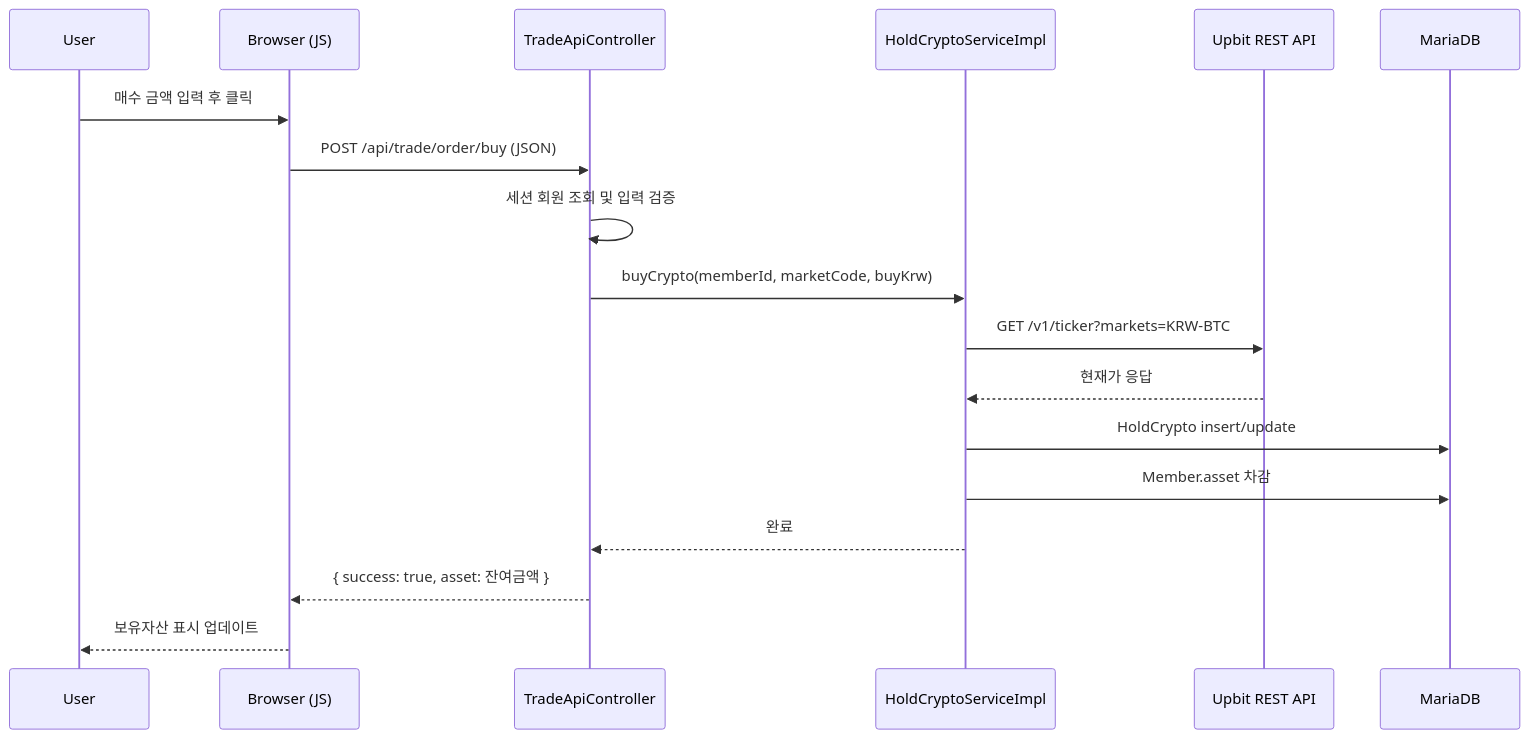
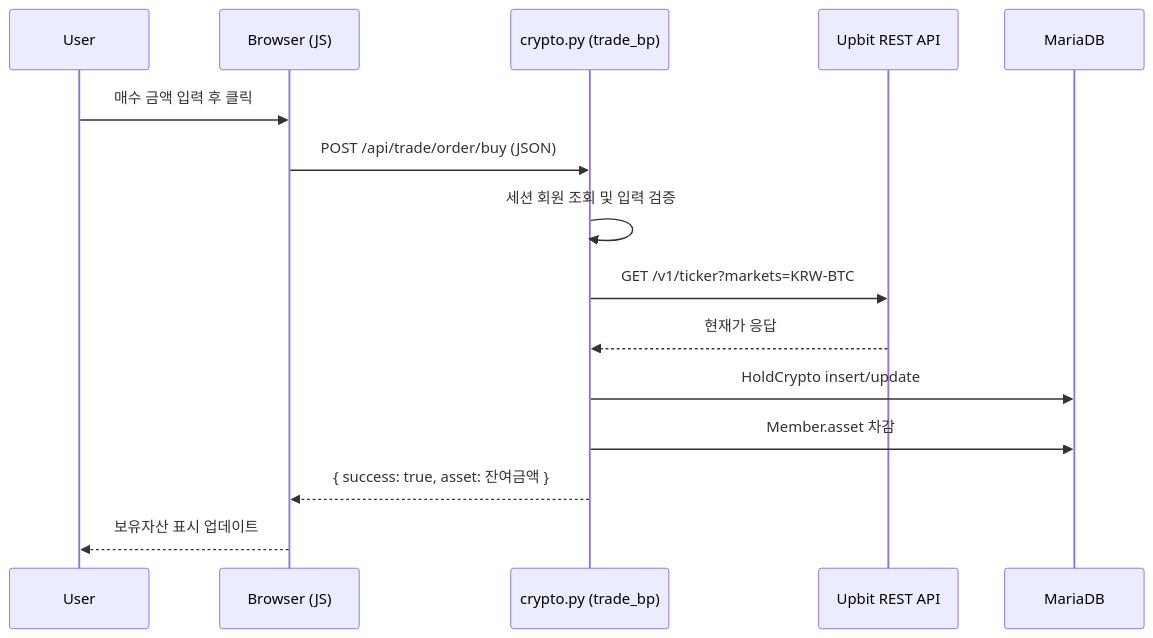
Before and after one commit to zhanggu9/stock-coin-trade: the third of 5 diagrams in README.md, drawn with Mermaid. The commit also changed other lines of this file and 35 other files, not shown here.

````diff
--- a/README.md
+++ b/README.md
@@ -436,21 +398,18 @@
 ```mermaid
 sequenceDiagram
     participant U as User
     participant FE as Browser (JS)
-    participant API as TradeApiController
-    participant S as HoldCryptoServiceImpl
+    participant API as crypto.py (trade_bp)
     participant UAPI as Upbit REST API
     participant DB as MariaDB
 
     U->>FE: 매수 금액 입력 후 클릭
     FE->>API: POST /api/trade/order/buy (JSON)
     API->>API: 세션 회원 조회 및 입력 검증
-    API->>S: buyCrypto(memberId, marketCode, buyKrw)
-    S->>UAPI: GET /v1/ticker?markets=KRW-BTC
-    UAPI-->>S: 현재가 응답
-    S->>DB: HoldCrypto insert/update
-    S->>DB: Member.asset 차감
-    S-->>API: 완료
+    API->>UAPI: GET /v1/ticker?markets=KRW-BTC
+    UAPI-->>API: 현재가 응답
+    API->>DB: HoldCrypto insert/update
+    API->>DB: Member.asset 차감
     API-->>FE: { success: true, asset: 잔여금액 }
     FE-->>U: 보유자산 표시 업데이트
 ```
````
